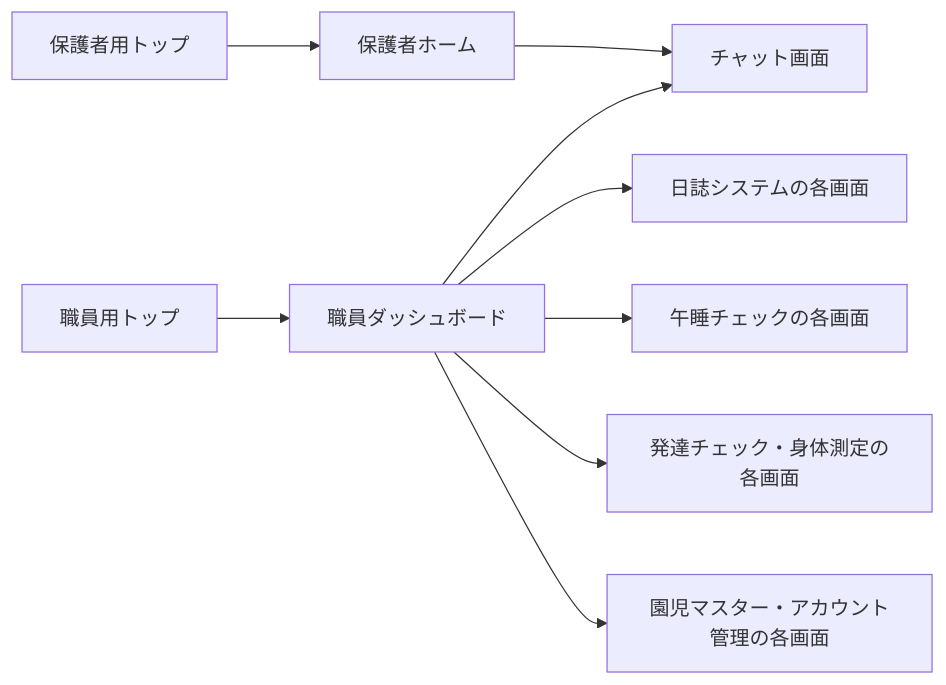
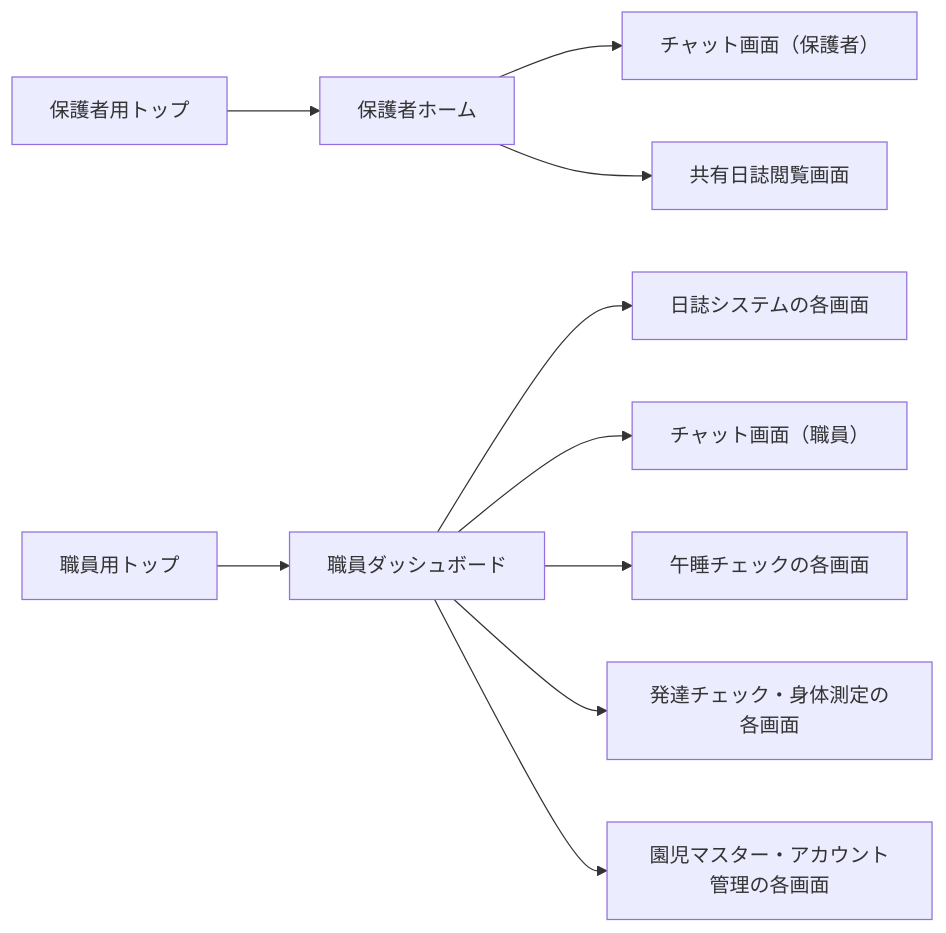
One commit to issei0423/sukusuku_system changed the first of 8 diagrams in 図/画面遷移図.md. Above: the diagram before and after it, drawn with Mermaid. The commit also changed other lines of this file and 38 other files, not shown here.

First line of the commit message:
画面遷移図にモックアップの実画面を貼り、実装との差異を整理した

````diff
--- a/図/画面遷移図.md
+++ b/図/画面遷移図.md
@@ -48,11 +65,12 @@
 ```mermaid
 flowchart LR
     PT["保護者用トップ"] --> PH["保護者ホーム"]
     ST["職員用トップ"] --> SD["職員ダッシュボード"]
-    PH --> CHAT["チャット画面"]
+    PH --> GCHAT["チャット画面（保護者）"]
+    PH --> GDIARY["共有日誌閲覧画面"]
     SD --> DIARY["日誌システムの各画面"]
-    SD --> CHAT
+    SD --> SCHAT["チャット画面（職員）"]
     SD --> NAP["午睡チェックの各画面"]
     SD --> DEV["発達チェック・身体測定の各画面"]
     SD --> MST["園児マスター・アカウント管理の各画面"]
 ```
````
